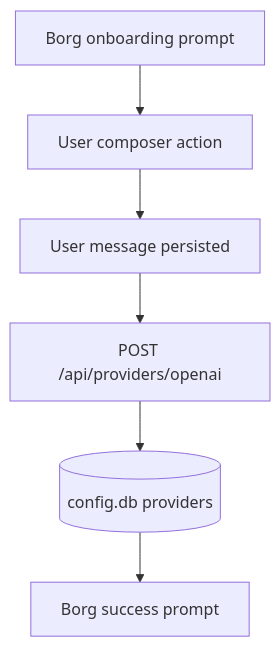
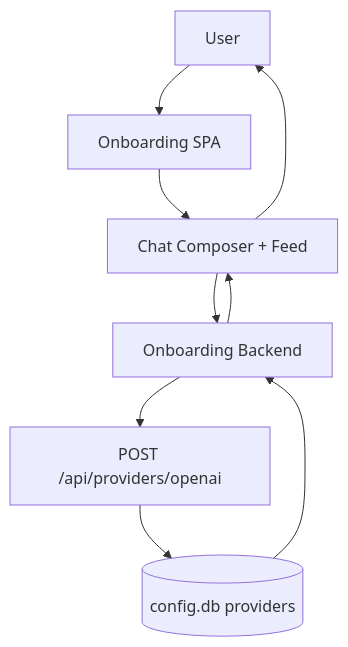
Before and after one commit to leostera/agents: the fifth of 5 diagrams in ARCHITECTURE.md, drawn with Mermaid. The commit also changed other lines of this file, not shown here.

Commit message:
docs(architecture): expand high-level component diagrams

````diff
--- a/ARCHITECTURE.md
+++ b/ARCHITECTURE.md
@@ -102,8 +159,11 @@
 ```mermaid
 flowchart TD
-  A[Borg onboarding prompt] --> B[User composer action]
-  B --> C[User message persisted]
-  C --> D[POST /api/providers/openai]
-  D --> E[(config.db providers)]
-  E --> F[Borg success prompt]
+  USER[User] --> SPA[Onboarding SPA]
+  SPA --> CHAT[Chat Composer + Feed]
+  CHAT --> API[Onboarding Backend]
+  API --> PROVIDER[POST /api/providers/openai]
+  PROVIDER --> CFG[(config.db providers)]
+  CFG --> API
+  API --> CHAT
+  CHAT --> USER
 ```
````
